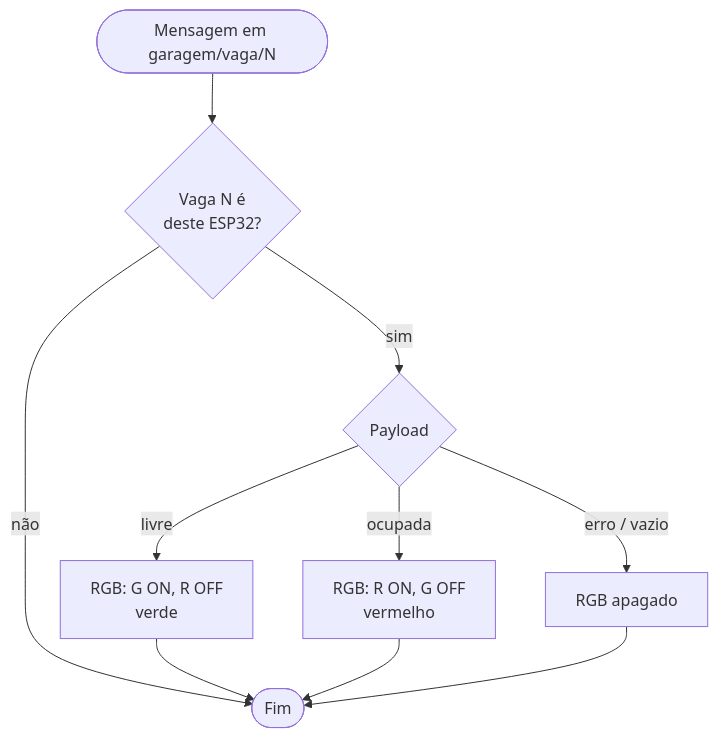
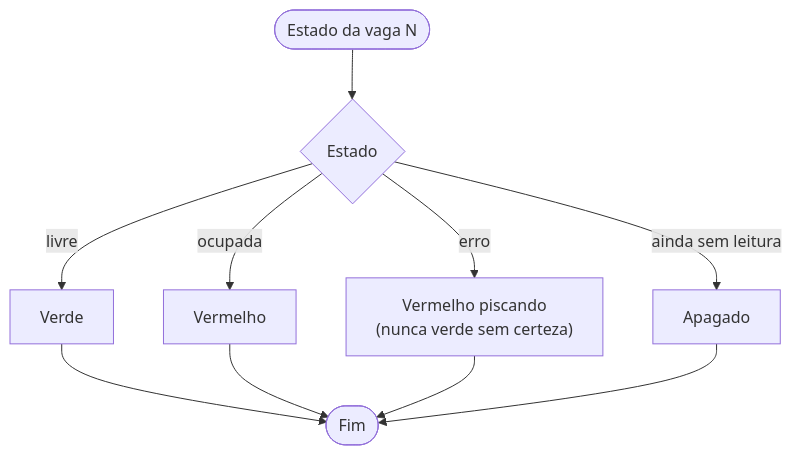
Before and after one commit to VynicyusCandido/iotHorangoTango: the sixth of 8 diagrams in docs/fluxograma-firmware.md, drawn with Mermaid. The commit also changed other lines of this file and 6 other files, not shown here.

````diff
--- a/docs/fluxograma-firmware.md
+++ b/docs/fluxograma-firmware.md
@@ -126,9 +144,8 @@
 ```mermaid
 flowchart TD
-    A([Mensagem em garagem/vaga/N]) --> B{Vaga N é<br/>deste ESP32?}
-    B -- não --> Z([Fim])
-    B -- sim --> C{Payload}
-    C -- livre --> C1[RGB: G ON, R OFF<br/>verde] --> Z
-    C -- ocupada --> C2[RGB: R ON, G OFF<br/>vermelho] --> Z
-    C -- "erro / vazio" --> C3[RGB apagado] --> Z
+    A([Estado da vaga N]) --> C{Estado}
+    C -- livre --> C1[Verde] --> Z([Fim])
+    C -- ocupada --> C2[Vermelho] --> Z
+    C -- erro --> C3["Vermelho piscando<br/>(nunca verde sem certeza)"] --> Z
+    C -- "ainda sem leitura" --> C4[Apagado] --> Z
 ```
````
